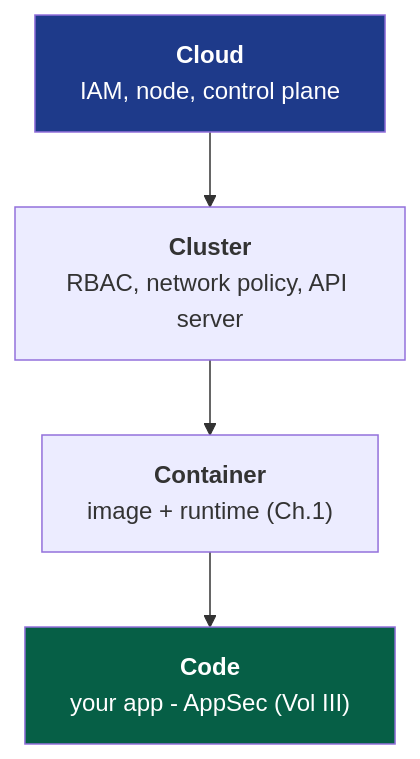
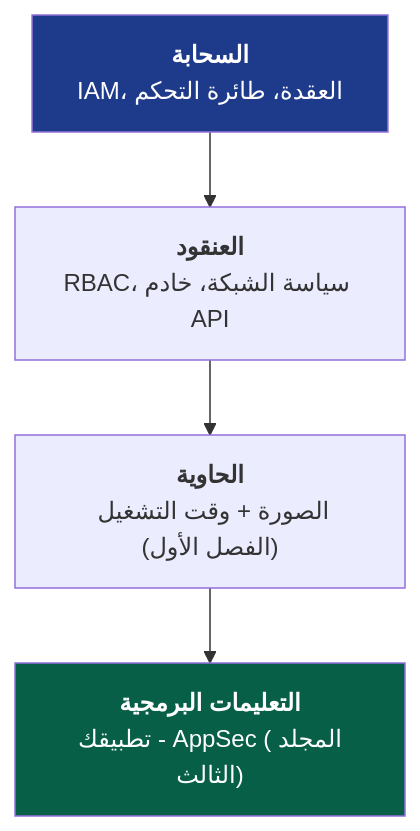
The fourth of 11 diagrams in src/content/translate/ar/cloud-native-and-supply-chain-security-in-depth.md (ibra-kdbra/banije), drawn with Mermaid before and after one commit. The commit also changed other lines of this file and 33 other files, not shown here.

````diff
--- a/src/content/translate/ar/cloud-native-and-supply-chain-security-in-depth.md
+++ b/src/content/translate/ar/cloud-native-and-supply-chain-security-in-depth.md
@@ -126,10 +126,10 @@
 ```mermaid
 graph TD
-    CODE["<b>Code</b><br/>your app - AppSec (Vol III)"]
-    CONTAINER["<b>Container</b><br/>image + runtime (Ch.1)"]
-    CLUSTER["<b>Cluster</b><br/>RBAC, network policy, API server"]
-    CLOUD["<b>Cloud</b><br/>IAM, node, control plane"]
+    CODE["<b>التعليمات البرمجية</b><br/>تطبيقك - AppSec (المجلد الثالث)"]
+    CONTAINER["<b>الحاوية</b><br/>الصورة + وقت التشغيل (الفصل الأول)"]
+    CLUSTER["<b>العنقود</b><br/>RBAC، سياسة الشبكة، خادم API"]
+    CLOUD["<b>السحابة</b><br/>IAM، العقدة، طائرة التحكم"]
     CLOUD --> CLUSTER --> CONTAINER --> CODE
     style CLOUD fill:#1e3a8a,color:#fff
     style CODE fill:#065f46,color:#fff
 ```
````
